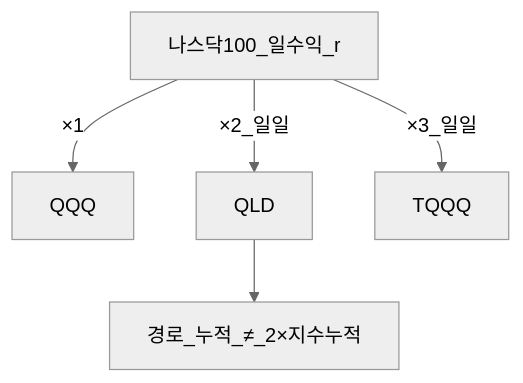
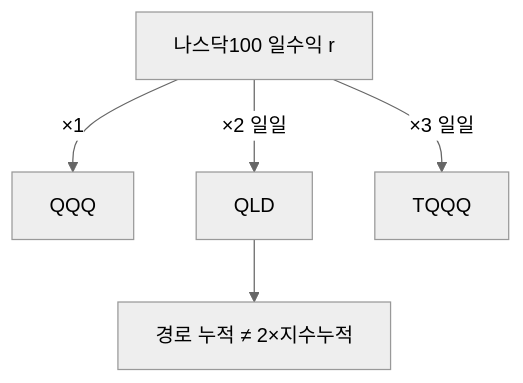
Before and after one commit to goldanghenry/Finances: the second of 2 diagrams in 04-portfolio/leveraged-etf-qqq-qld.md, drawn with Mermaid (neutral theme). The commit also changed other lines of this file and 211 other files, not shown here.

````diff
--- a/04-portfolio/leveraged-etf-qqq-qld.md
+++ b/04-portfolio/leveraged-etf-qqq-qld.md
@@ -129,7 +138,7 @@
 ```mermaid
 flowchart TD
-  Idx[나스닥100_일수익_r] -->|×1| QQQd[QQQ]
-  Idx -->|×2_일일| QLDd[QLD]
-  Idx -->|×3_일일| TQQQd[TQQQ]
-  QLDd --> Path[경로_누적_≠_2×지수누적]
+  Idx["나스닥100 일수익 r"] -->|×1| QQQd[QQQ]
+  Idx -->|"×2 일일"| QLDd[QLD]
+  Idx -->|"×3 일일"| TQQQd[TQQQ]
+  QLDd --> Path["경로 누적 ≠ 2×지수누적"]
 ```
````
